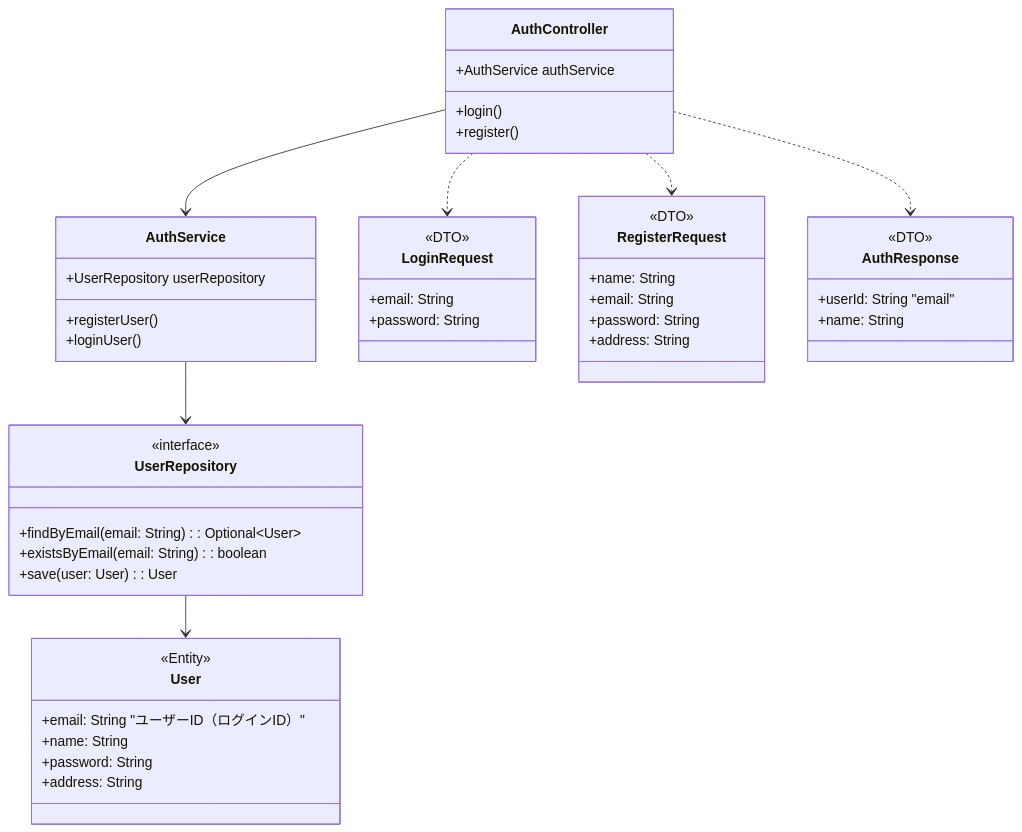
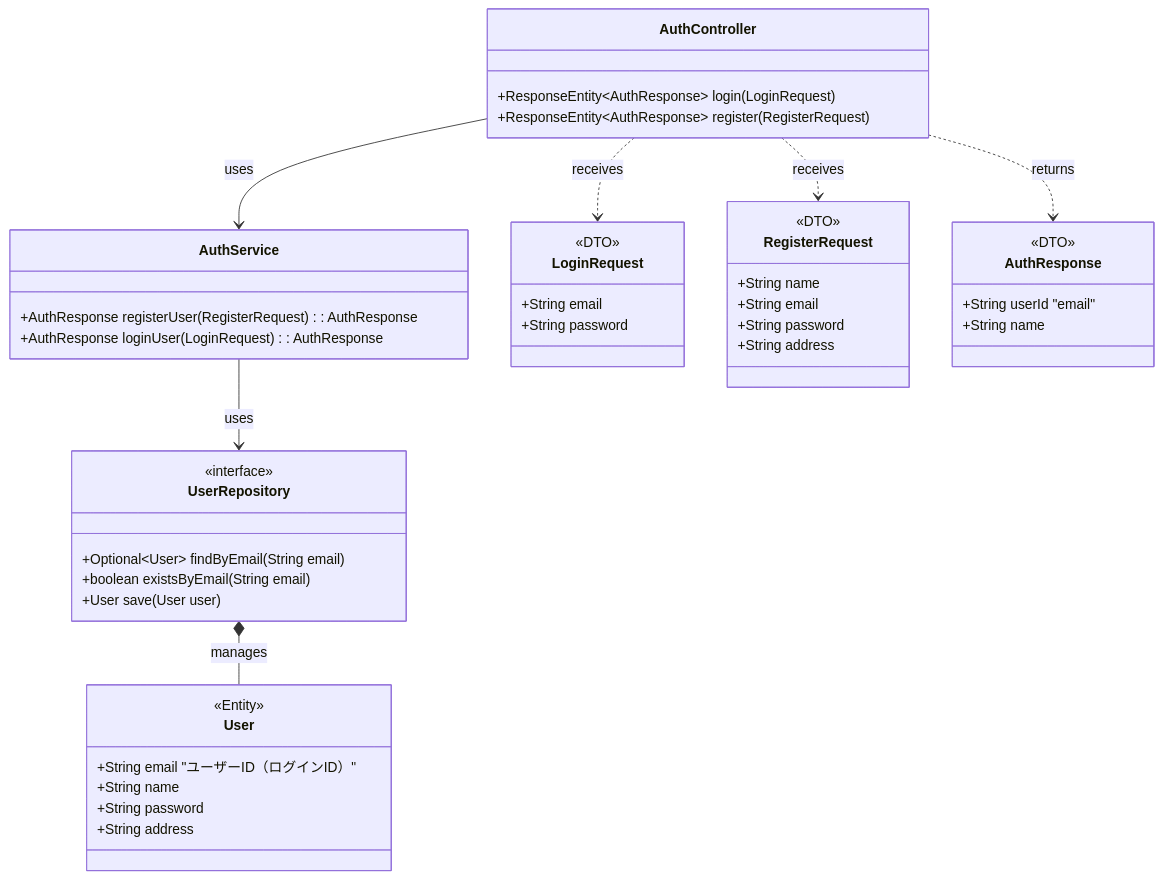
Before and after one commit to Hinako-Kimura127/neko: the fourth of 4 diagrams in 詳細設計/詳細設計.md, drawn with Mermaid. The commit also changed other lines of this file, not shown here.

Commit message:
木村17:00コミット

```diff
--- a/詳細設計/詳細設計.md
+++ b/詳細設計/詳細設計.md
@@ -328,50 +351,54 @@
 <div class="mermaid">
 classDiagram
     class AuthController {
-    +AuthService authService
-    +login()
-    +register()
-}
-class AuthService {
-    +UserRepository userRepository
-    +registerUser()
-    +loginUser()
-}
-class UserRepository {
-    <<interface>>
-    +findByEmail(email: String): Optional~User~
-    +existsByEmail(email: String): boolean
-    +save(user: User): User
-}
-class User {
-    <<Entity>>
-    +email: String "ユーザーID（ログインID）"
-    +name: String
-    +password: String
-    +address: String
-}
-class LoginRequest {
-    <<DTO>>
-    +email: String
-    +password: String
-}
-class RegisterRequest {
-    <<DTO>>
-    +name: String
-    +email: String
-    +password: String
-    +address: String
-}
-class AuthResponse {
-    <<DTO>>
-    +userId: String "email"
-    +name: String
-}
+        +ResponseEntity~AuthResponse~ login(LoginRequest)
+        +ResponseEntity~AuthResponse~ register(RegisterRequest)
+    }
 
-AuthController --> AuthService
-AuthService --> UserRepository
-UserRepository --> User
-AuthController ..> LoginRequest
-AuthController ..> RegisterRequest
-AuthController ..> AuthResponse
+    class AuthService {
+        +AuthResponse registerUser(RegisterRequest): AuthResponse
+        +AuthResponse loginUser(LoginRequest): AuthResponse
+    }
+
+    class UserRepository {
+        <<interface>>
+        +Optional~User~ findByEmail(String email)
+        +boolean existsByEmail(String email)
+        +User save(User user)
+    }
+
+    class User {
+        <<Entity>>
+        +String email "ユーザーID（ログインID）"
+        +String name
+        +String password
+        +String address
+    }
+
+    class LoginRequest {
+        <<DTO>>
+        +String email
+        +String password
+    }
+
+    class RegisterRequest {
+        <<DTO>>
+        +String name
+        +String email
+        +String password
+        +String address
+    }
+
+    class AuthResponse {
+        <<DTO>>
+        +String userId "email"
+        +String name
+    }
+
+    AuthController --> AuthService : uses
+    AuthService --> UserRepository : uses
+    UserRepository *-- User : manages
+    AuthController ..> LoginRequest : receives
+    AuthController ..> RegisterRequest : receives
+    AuthController ..> AuthResponse : returns
 </div>
```
